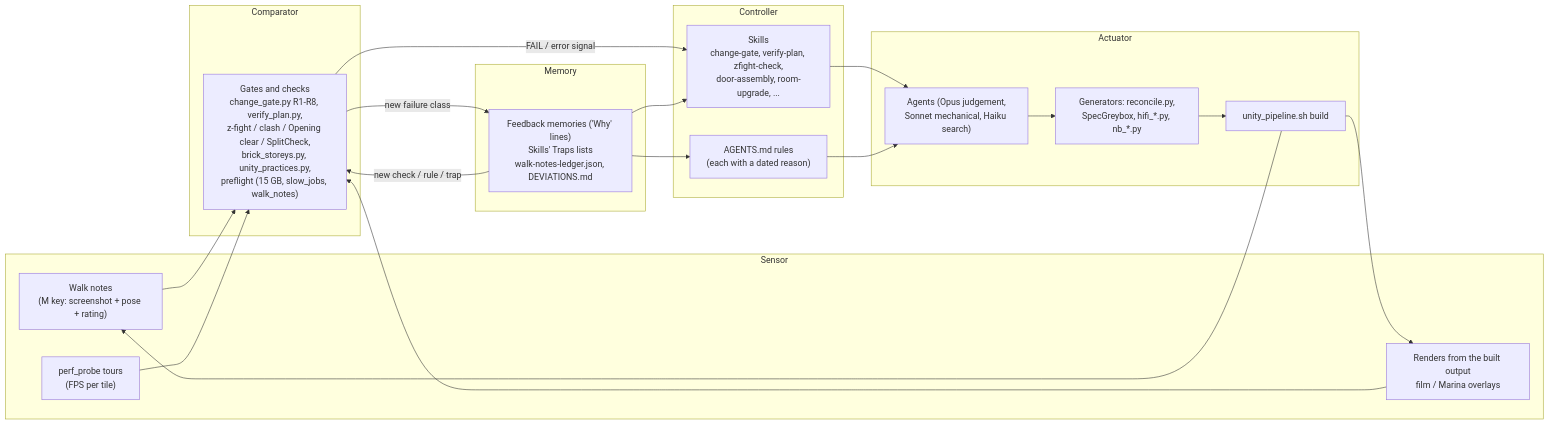
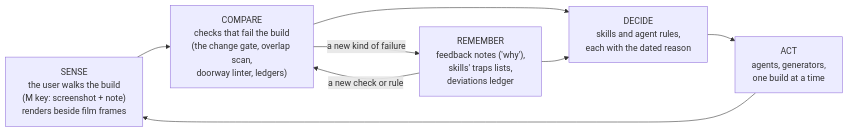
The diagram in docs/blog/show-and-tell.md (danlourenco/home-alone), drawn with Mermaid before and after one commit. The commit also changed other lines of this file, not shown here.

Commit message:
Blog draft v3: the working method as the story (film as ground truth, plain language, principles)

````diff
--- a/docs/blog/show-and-tell.md
+++ b/docs/blog/show-and-tell.md
@@ -114,35 +236,12 @@
 ```mermaid
 flowchart LR
-    subgraph Sensor
-      W["Walk notes<br/>(M key: screenshot + pose + rating)"]
-      R["Renders from the built output<br/>film / Marina overlays"]
-      P["perf_probe tours<br/>(FPS per tile)"]
-    end
-    subgraph Comparator
-      G["Gates and checks<br/>change_gate.py R1-R8, verify_plan.py,<br/>z-fight / clash / Opening clear / SplitCheck,<br/>brick_storeys.py, unity_practices.py,<br/>preflight (15 GB, slow_jobs, walk_notes)"]
-    end
-    subgraph Controller
-      S["Skills<br/>change-gate, verify-plan, zfight-check,<br/>door-assembly, room-upgrade, ..."]
-      A["AGENTS.md rules<br/>(each with a dated reason)"]
-    end
-    subgraph Actuator
-      AG["Agents (Opus judgement,<br/>Sonnet mechanical, Haiku search)"]
-      GEN["Generators: reconcile.py,<br/>SpecGreybox, hifi_*.py, nb_*.py"]
-      B["unity_pipeline.sh build"]
-    end
-    subgraph Memory
-      M["Feedback memories ('Why' lines)<br/>Skills' Traps lists<br/>walk-notes-ledger.json, DEVIATIONS.md"]
-    end
-    W --> G
-    R --> G
-    P --> G
-    G -- "FAIL / error signal" --> S
-    S --> AG
-    A --> AG
-    AG --> GEN --> B --> R
-    B --> W
-    G -- "new failure class" --> M
-    M -- "new check / rule / trap" --> G
-    M --> S
-    M --> A
+    S["SENSE<br/>the user walks the build<br/>(M key: screenshot + note)<br/>renders beside film frames"]
+    C["COMPARE<br/>checks that fail the build<br/>(the change gate, overlap scan,<br/>doorway linter, ledgers)"]
+    D["DECIDE<br/>skills and agent rules,<br/>each with the dated reason"]
+    A["ACT<br/>agents, generators,<br/>one build at a time"]
+    M["REMEMBER<br/>feedback notes ('why'),<br/>skills' traps lists,<br/>deviations ledger"]
+    S --> C --> D --> A --> S
+    C -- "a new kind of failure" --> M
+    M -- "a new check or rule" --> C
+    M --> D
 ```
````
